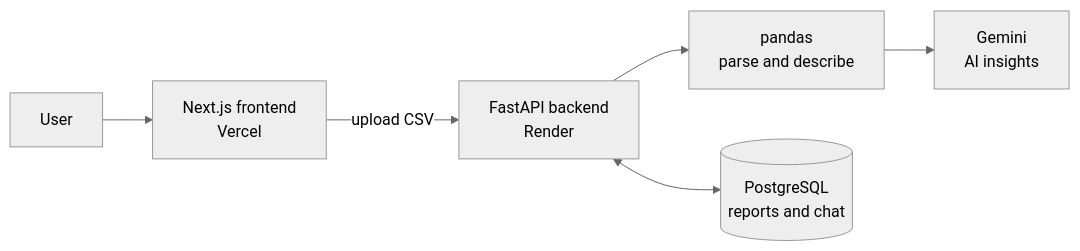
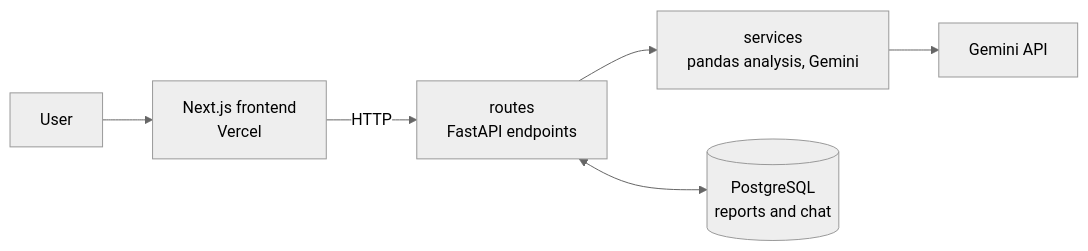
The diagram in README.md (sanjayvarma2001/CSVDashboard), drawn with Mermaid (neutral theme) before and after one commit. The commit also changed other lines of this file and 36 other files, not shown here.

Commit message:
refactor: split backend into routes, services, models and schemas

````diff
--- a/README.md
+++ b/README.md
@@ -37,8 +33,8 @@
 ```mermaid
 flowchart LR
     U[User] --> F[Next.js frontend<br/>Vercel]
-    F -->|upload CSV| B[FastAPI backend<br/>Render]
-    B --> P[pandas<br/>parse and describe]
-    P --> G[Gemini<br/>AI insights]
-    B <--> D[(PostgreSQL<br/>reports and chat)]
+    F -->|HTTP| R[routes<br/>FastAPI endpoints]
+    R --> S[services<br/>pandas analysis, Gemini]
+    S --> G[Gemini API]
+    R <--> D[(PostgreSQL<br/>reports and chat)]
 ```
````
